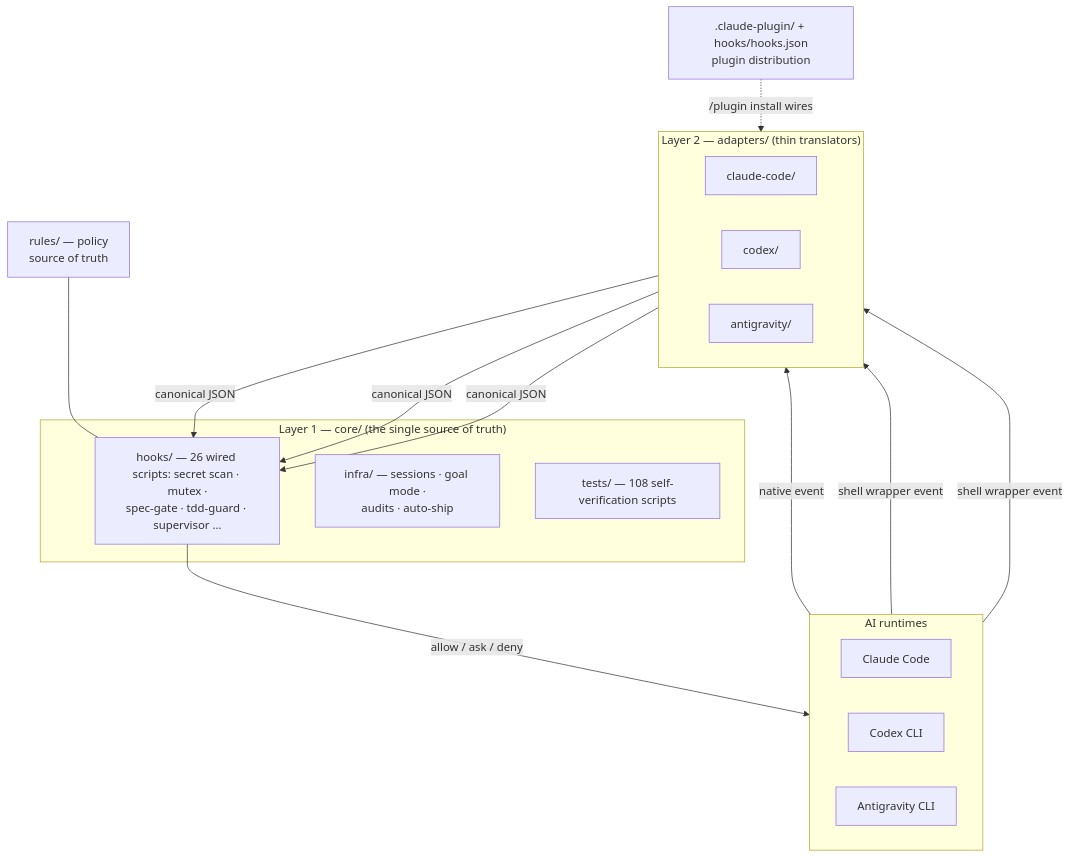
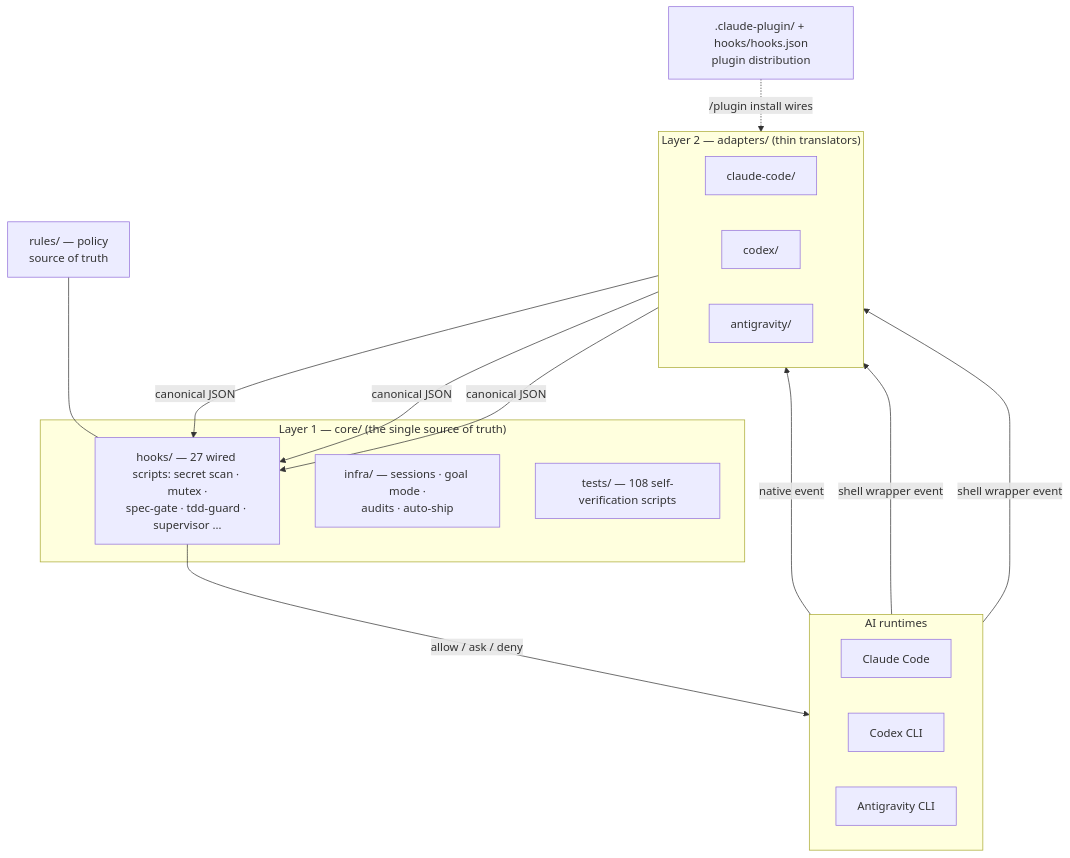
The second of 5 diagrams in README.md (joymin5655/Agent), drawn with Mermaid before and after one commit. The commit also changed other lines of this file and 18 other files, not shown here.

First line of the commit message:
feat(hooks): floor-guard warns when a change lowers a quality floor (#215)

````diff
--- a/README.md
+++ b/README.md
@@ -320,32 +320,32 @@
 ```mermaid
 flowchart TB
     subgraph RT["AI runtimes"]
         direction LR
         CC["Claude Code"]
         CX["Codex CLI"]
         GM["Antigravity CLI"]
     end
     subgraph AD["Layer 2 — adapters/ (thin translators)"]
         direction LR
         A1["claude-code/"]
         A2["codex/"]
         A3["antigravity/"]
     end
     subgraph CORE["Layer 1 — core/ (the single source of truth)"]
-        H["hooks/ — 26 wired scripts: secret scan · mutex ·<br/>spec-gate · tdd-guard · supervisor …"]
+        H["hooks/ — 27 wired scripts: secret scan · mutex ·<br/>spec-gate · tdd-guard · supervisor …"]
         I["infra/ — sessions · goal mode ·<br/>audits · auto-ship"]
         T["tests/ — 108 self-verification scripts"]
     end
     R["rules/ — policy<br/>source of truth"]
     PLUG[".claude-plugin/ + hooks/hooks.json<br/>plugin distribution"]
 
     CC -->|native event| A1
     CX -->|shell wrapper event| A2
     GM -->|shell wrapper event| A3
     A1 -->|canonical JSON| H
     A2 -->|canonical JSON| H
     A3 -->|canonical JSON| H
     H -->|"allow / ask / deny"| RT
     R --- H
     PLUG -. "/plugin install wires" .-> A1
 ```
````
